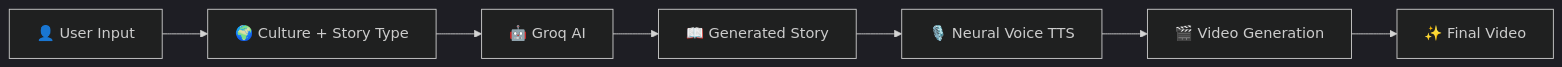
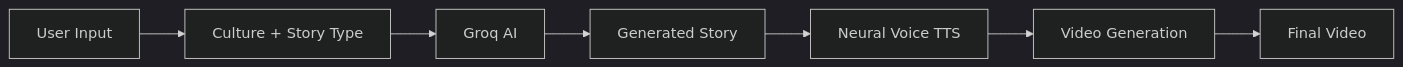
One commit to d-anushtup/ikshanam changed the diagram in README.md. Above: the diagram before and after it, drawn with Mermaid (dark theme). The commit also changed other lines of this file, not shown here.

````diff
--- a/README.md
+++ b/README.md
@@ -119,9 +119,9 @@
 ```mermaid
 graph LR
-    A[👤 User Input] --> B[🌍 Culture + Story Type]
-    B --> C[🤖 Groq AI]
-    C --> D[📖 Generated Story]
-    D --> E[🎙️ Neural Voice TTS]
-    E --> F[🎬 Video Generation]
-    F --> G[✨ Final Video]
+    A[User Input] --> B[Culture + Story Type]
+    B --> C[Groq AI]
+    C --> D[Generated Story]
+    D --> E[Neural Voice TTS]
+    E --> F[Video Generation]
+    F --> G[Final Video]
 ```
````
